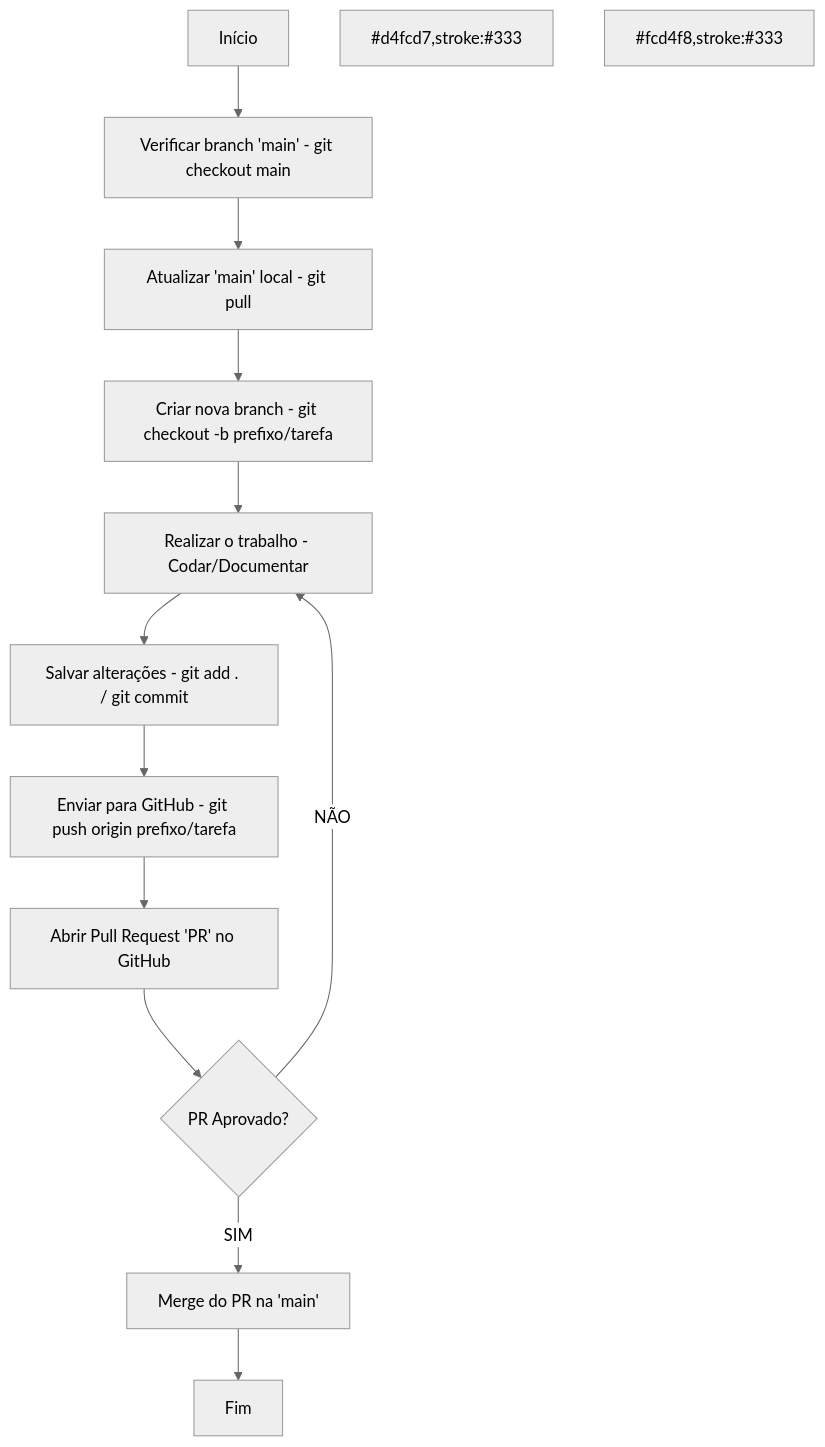
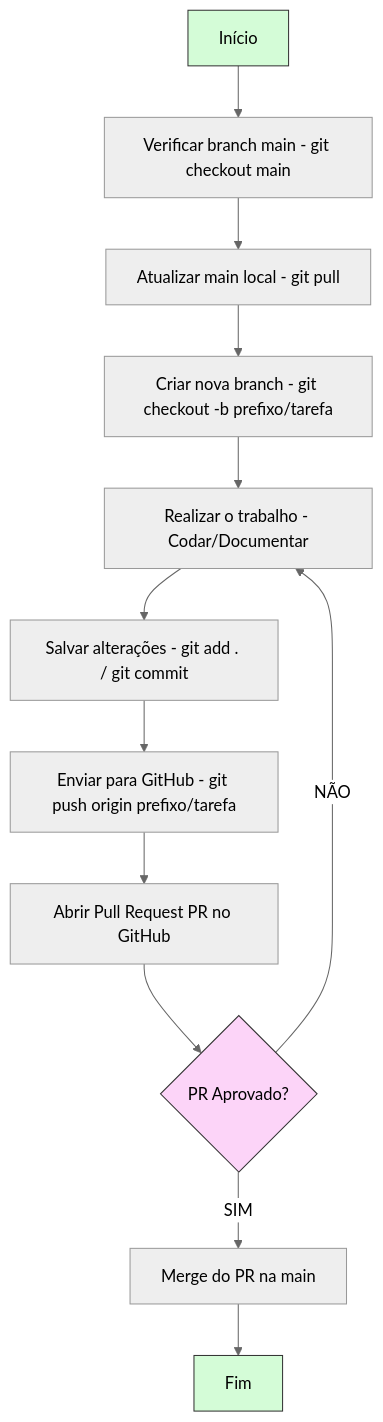
One commit to Daviramos7/IonicCurrencyConverter changed the diagram in README.md. Above: the diagram before and after it, drawn with Mermaid (neutral theme).

Commit message:
Update workflow diagram in README.md

````diff
--- a/README.md
+++ b/README.md
@@ -78,21 +78,18 @@
 ```mermaid
-graph TD;
-    A[Início] --> B[Verificar branch 'main' - git checkout main];
-    B --> C[Atualizar 'main' local - git pull];
-    C --> D[Criar nova branch - git checkout -b prefixo/tarefa];
-    D --> E[Realizar o trabalho - Codar/Documentar];
-    E --> F[Salvar alterações - git add . / git commit];
-    F --> G[Enviar para GitHub - git push origin prefixo/tarefa];
-    G --> H[Abrir Pull Request 'PR' no GitHub];
-    H --> I{PR Aprovado?};
-    I -- NÃO --> E;
-    I -- SIM --> J[Merge do PR na 'main'];
-    J --> K[Fim];
-    style A fill:
-#d4fcd7,stroke:#333
-    style K fill:
-#d4fcd7,stroke:#333
-    style I fill:
-#fcd4f8,stroke:#333
+graph TD
+    A[Início] --> B[Verificar branch main - git checkout main]
+    B --> C[Atualizar main local - git pull]
+    C --> D[Criar nova branch - git checkout -b prefixo/tarefa]
+    D --> E[Realizar o trabalho - Codar/Documentar]
+    E --> F[Salvar alterações - git add . / git commit]
+    F --> G[Enviar para GitHub - git push origin prefixo/tarefa]
+    G --> H[Abrir Pull Request PR no GitHub]
+    H --> I{PR Aprovado?}
+    I -->|NÃO| E
+    I -->|SIM| J[Merge do PR na main]
+    J --> K[Fim]
+    style A fill:#d4fcd7,stroke:#333
+    style K fill:#d4fcd7,stroke:#333
+    style I fill:#fcd4f8,stroke:#333
 
 ```
````
